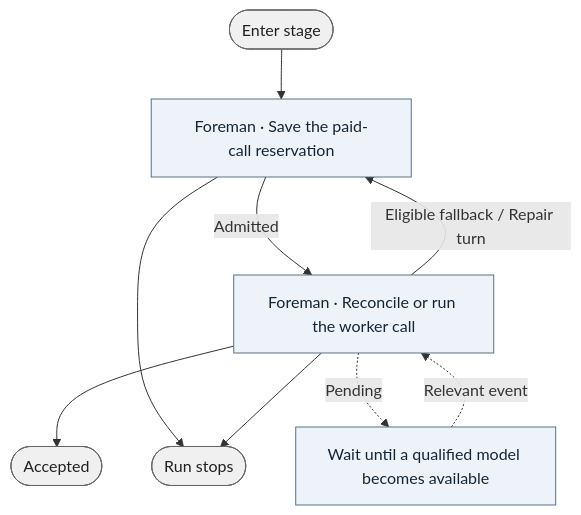
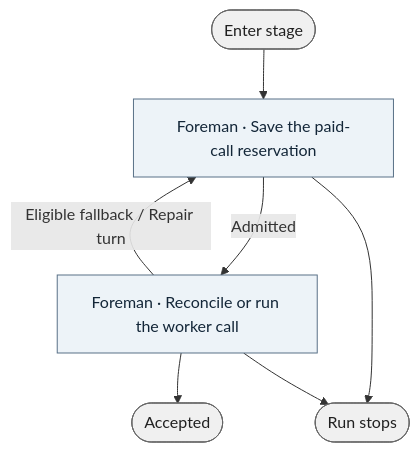
One commit to bookout-labs/tools changed the diagram in docs/graph/blueprint/views/dispatch.mmd. Above: the diagram before and after it, drawn with Mermaid. The commit also changed 8 other files, not shown here.

```diff
--- a/docs/graph/blueprint/views/dispatch.mmd
+++ b/docs/graph/blueprint/views/dispatch.mmd
@@ -1,20 +1,17 @@
 flowchart TD
     n0(["Enter stage"]):::terminal
     n1["Foreman · Save the paid-call reservation"]:::step
     n2["Foreman · Reconcile or run the worker call"]:::step
     n3(["Run stops"]):::terminal
     n4(["Accepted"]):::terminal
-    n5["Wait until a qualified model becomes available"]:::step
     n0 --> n1
     n1 -->|"Admitted"| n2
     n1 --> n3
     n2 -->|"Eligible fallback / Repair turn"| n1
     n2 --> n4
     n2 --> n3
-    n2 -.->|"Pending"| n5
-    n5 -.->|"Relevant event"| n2
     classDef stage fill:#dcebf8,stroke:#315675,color:#10283b
     classDef step fill:#edf3f8,stroke:#597187,color:#132638
     classDef worker fill:#d7f0e8,stroke:#357369,color:#133c36
     classDef gate fill:#fff0c9,stroke:#89641f,color:#3f2b0b
     classDef terminal fill:#f0f0f0,stroke:#666666,color:#202020
```
